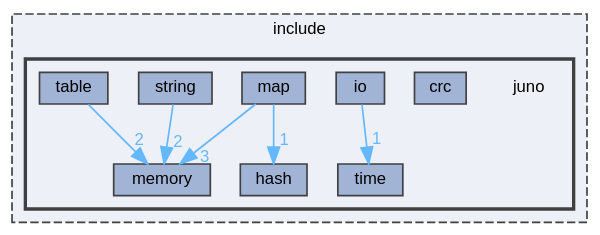
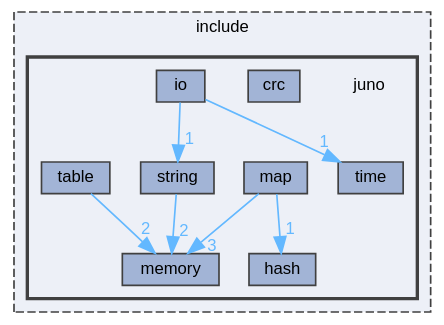
The diagram in dir_366da5caa8e7ec3e54d94764b6f022bc_dep.dot (robinonsay/libjuno), drawn with Graphviz before and after one commit. The commit also changed 161 other files, not shown here.

```diff
--- a/dir_366da5caa8e7ec3e54d94764b6f022bc_dep.dot
+++ b/dir_366da5caa8e7ec3e54d94764b6f022bc_dep.dot
@@ -1,28 +1,29 @@
 digraph "/home/runner/work/libjuno/libjuno/include/juno"
 {
  // LATEX_PDF_SIZE
   bgcolor="transparent";
   edge [fontname=Helvetica,fontsize=10,labelfontname=Helvetica,labelfontsize=10];
   node [fontname=Helvetica,fontsize=10,shape=box,height=0.2,width=0.4];
   compound=true
   subgraph clusterdir_d44c64559bbebec7f509842c48db8b23 {
     graph [ bgcolor="#edf0f7", pencolor="grey25", label="include", fontname=Helvetica,fontsize=10 style="filled,dashed", URL="dir_d44c64559bbebec7f509842c48db8b23.html",tooltip=""]
   subgraph clusterdir_366da5caa8e7ec3e54d94764b6f022bc {
     graph [ bgcolor="#edf0f7", pencolor="grey25", label="", fontname=Helvetica,fontsize=10 style="filled,bold", URL="dir_366da5caa8e7ec3e54d94764b6f022bc.html",tooltip=""]
     dir_366da5caa8e7ec3e54d94764b6f022bc [shape=plaintext, label="juno"];
   dir_ef6da05dc0c67d385894f0e12ffbb82b [label="crc", fillcolor="#a2b4d6", color="grey25", style="filled", URL="dir_ef6da05dc0c67d385894f0e12ffbb82b.html",tooltip=""];
   dir_19d249a700c11f44389cb05327db4a5b [label="hash", fillcolor="#a2b4d6", color="grey25", style="filled", URL="dir_19d249a700c11f44389cb05327db4a5b.html",tooltip=""];
   dir_2214acb517c776811661c93fb7ef90d4 [label="io", fillcolor="#a2b4d6", color="grey25", style="filled", URL="dir_2214acb517c776811661c93fb7ef90d4.html",tooltip=""];
   dir_7d134b198f51d759fae4dbc0397c07cc [label="map", fillcolor="#a2b4d6", color="grey25", style="filled", URL="dir_7d134b198f51d759fae4dbc0397c07cc.html",tooltip=""];
   dir_0ab7105f8cccca84cc3ec63bc4b5970d [label="memory", fillcolor="#a2b4d6", color="grey25", style="filled", URL="dir_0ab7105f8cccca84cc3ec63bc4b5970d.html",tooltip=""];
   dir_1ee06b418de2fbaa3d5b1443d2d582cb [label="string", fillcolor="#a2b4d6", color="grey25", style="filled", URL="dir_1ee06b418de2fbaa3d5b1443d2d582cb.html",tooltip=""];
   dir_247cda594a1ab670a2704371990491e3 [label="table", fillcolor="#a2b4d6", color="grey25", style="filled", URL="dir_247cda594a1ab670a2704371990491e3.html",tooltip=""];
   dir_f7826cb483c41652a57f47c29e86de5a [label="time", fillcolor="#a2b4d6", color="grey25", style="filled", URL="dir_f7826cb483c41652a57f47c29e86de5a.html",tooltip=""];
   }
   }
+  dir_2214acb517c776811661c93fb7ef90d4->dir_1ee06b418de2fbaa3d5b1443d2d582cb [headlabel="1", labeldistance=1.5 headhref="dir_000004_000010.html" href="dir_000004_000010.html" color="steelblue1" fontcolor="steelblue1"];
   dir_2214acb517c776811661c93fb7ef90d4->dir_f7826cb483c41652a57f47c29e86de5a [headlabel="1", labeldistance=1.5 headhref="dir_000004_000012.html" href="dir_000004_000012.html" color="steelblue1" fontcolor="steelblue1"];
   dir_7d134b198f51d759fae4dbc0397c07cc->dir_0ab7105f8cccca84cc3ec63bc4b5970d [headlabel="3", labeldistance=1.5 headhref="dir_000006_000007.html" href="dir_000006_000007.html" color="steelblue1" fontcolor="steelblue1"];
   dir_7d134b198f51d759fae4dbc0397c07cc->dir_19d249a700c11f44389cb05327db4a5b [headlabel="1", labeldistance=1.5 headhref="dir_000006_000002.html" href="dir_000006_000002.html" color="steelblue1" fontcolor="steelblue1"];
   dir_1ee06b418de2fbaa3d5b1443d2d582cb->dir_0ab7105f8cccca84cc3ec63bc4b5970d [headlabel="2", labeldistance=1.5 headhref="dir_000010_000007.html" href="dir_000010_000007.html" color="steelblue1" fontcolor="steelblue1"];
   dir_247cda594a1ab670a2704371990491e3->dir_0ab7105f8cccca84cc3ec63bc4b5970d [headlabel="2", labeldistance=1.5 headhref="dir_000011_000007.html" href="dir_000011_000007.html" color="steelblue1" fontcolor="steelblue1"];
 }
```
